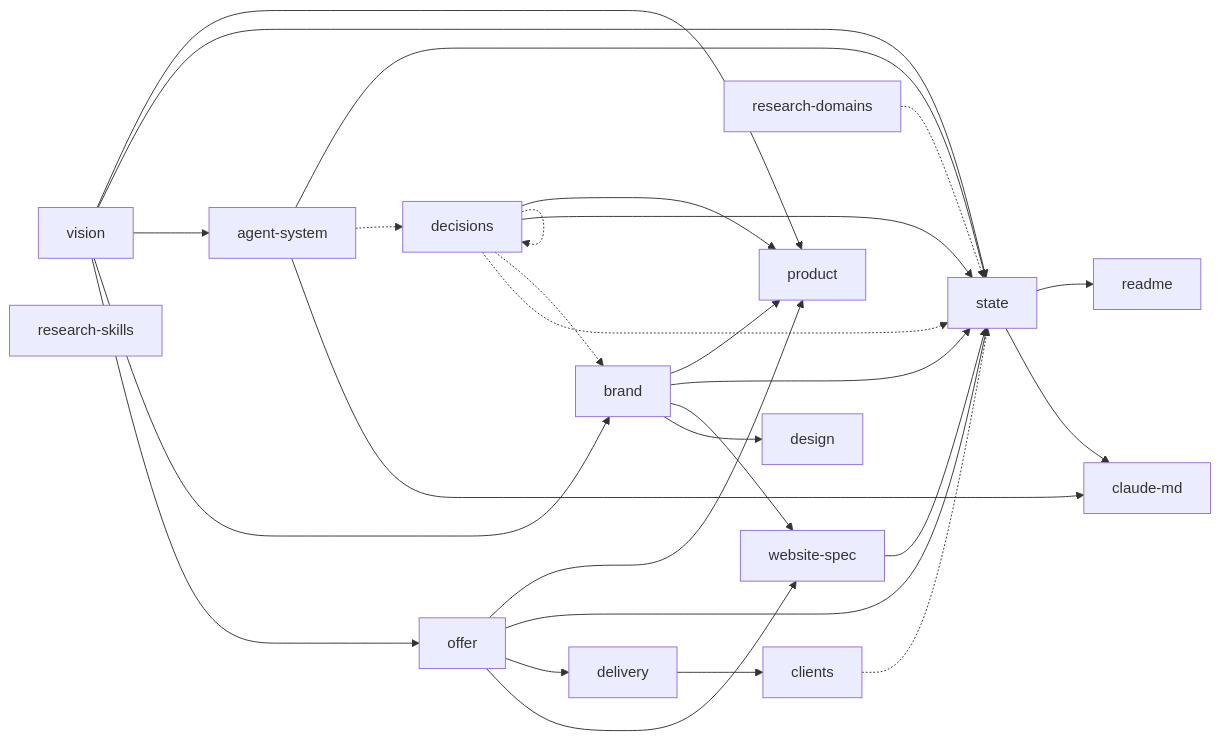
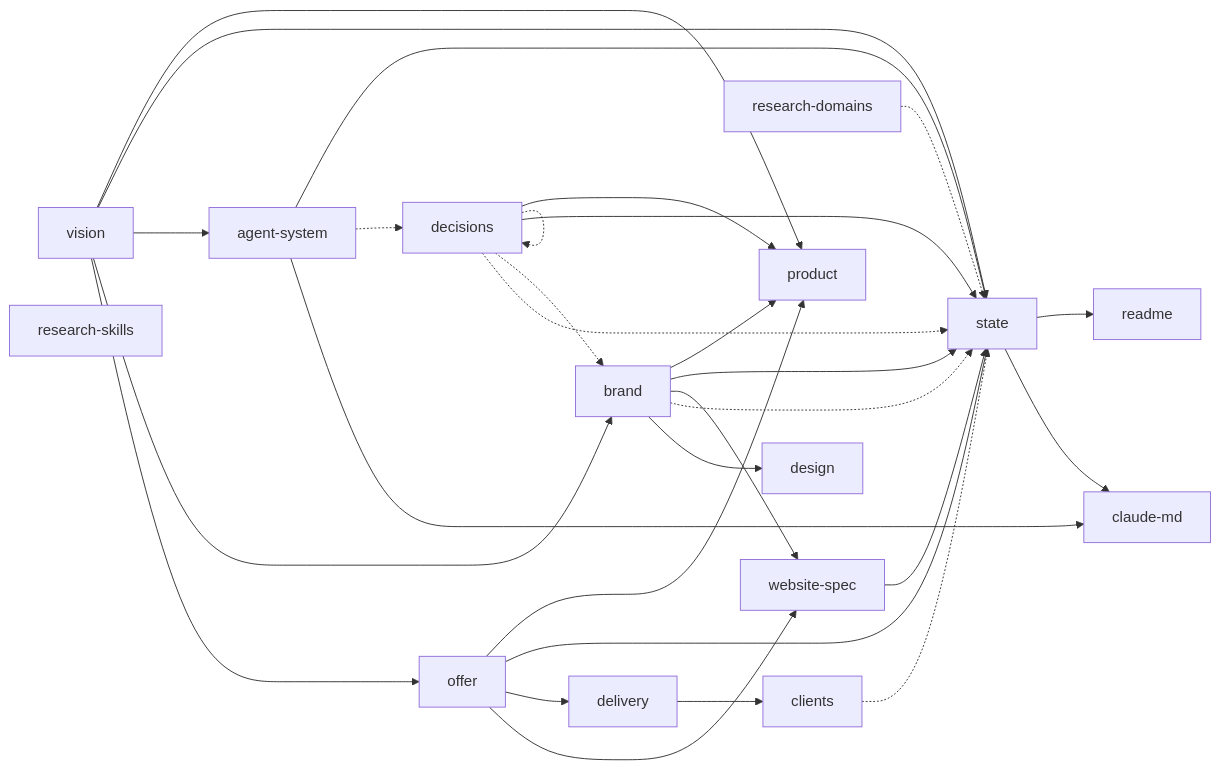
Before and after one commit to mann0122/nexbridge-it: the diagram in docs/INDEX.md, drawn with Mermaid. The commit also changed other lines of this file and 13 other files, not shown here.

````diff
--- a/docs/INDEX.md
+++ b/docs/INDEX.md
@@ -17,46 +17,47 @@
 ```mermaid
 graph LR
   vision["vision"]
   offer["offer"]
   brand["brand"]
   website_spec["website-spec"]
   delivery["delivery"]
   decisions["decisions"]
   agent_system["agent-system"]
   clients["clients"]
   research_skills["research-skills"]
   research_domains["research-domains"]
   state["state"]
   claude_md["claude-md"]
   design["design"]
   product["product"]
   readme["readme"]
 
   state --> claude_md
   agent_system --> claude_md
   brand --> design
   vision --> offer
   vision --> brand
+  brand -.-> state
   offer --> website_spec
   brand --> website_spec
   offer --> delivery
   decisions -.-> state
   decisions -.-> brand
   decisions -.-> decisions
   vision --> agent_system
   agent_system -.-> decisions
   delivery --> clients
   clients -.-> state
   research_domains -.-> state
   vision --> state
   offer --> state
   brand --> state
   website_spec --> state
   decisions --> state
   agent_system --> state
   vision --> product
   offer --> product
   brand --> product
   decisions --> product
   state --> readme
 ```
````
